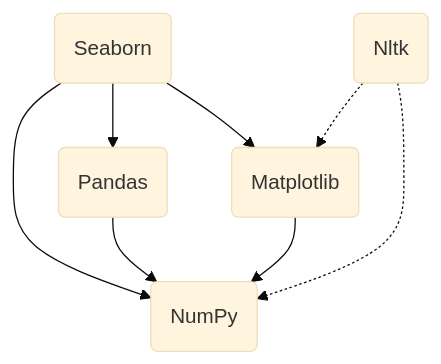
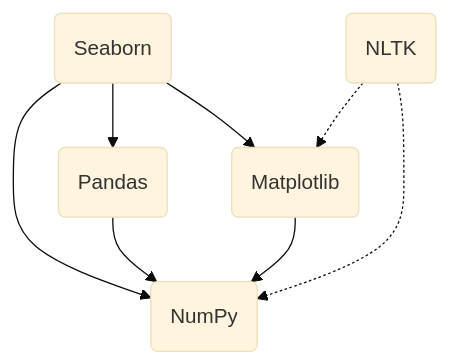
Before and after one commit to sfmunoz/nlp-playground: the diagram in README.md, drawn with Mermaid (base theme). The commit also changed other lines of this file, not shown here.

Commit message:
README.md: packages graph moved to the introductory block

````diff
--- a/README.md
+++ b/README.md
@@ -37,16 +5,16 @@
 ```mermaid
 graph TD
     numpy(NumPy)
     matplotlib(Matplotlib)
     pandas(Pandas)
     seaborn(Seaborn)
-    nltk(Nltk)
+    nltk(NLTK)
 
     matplotlib --> numpy
     pandas --> numpy
     seaborn --> numpy
     seaborn --> pandas
     seaborn --> matplotlib
     nltk -.-> matplotlib
     nltk -.-> numpy
 ```
````
